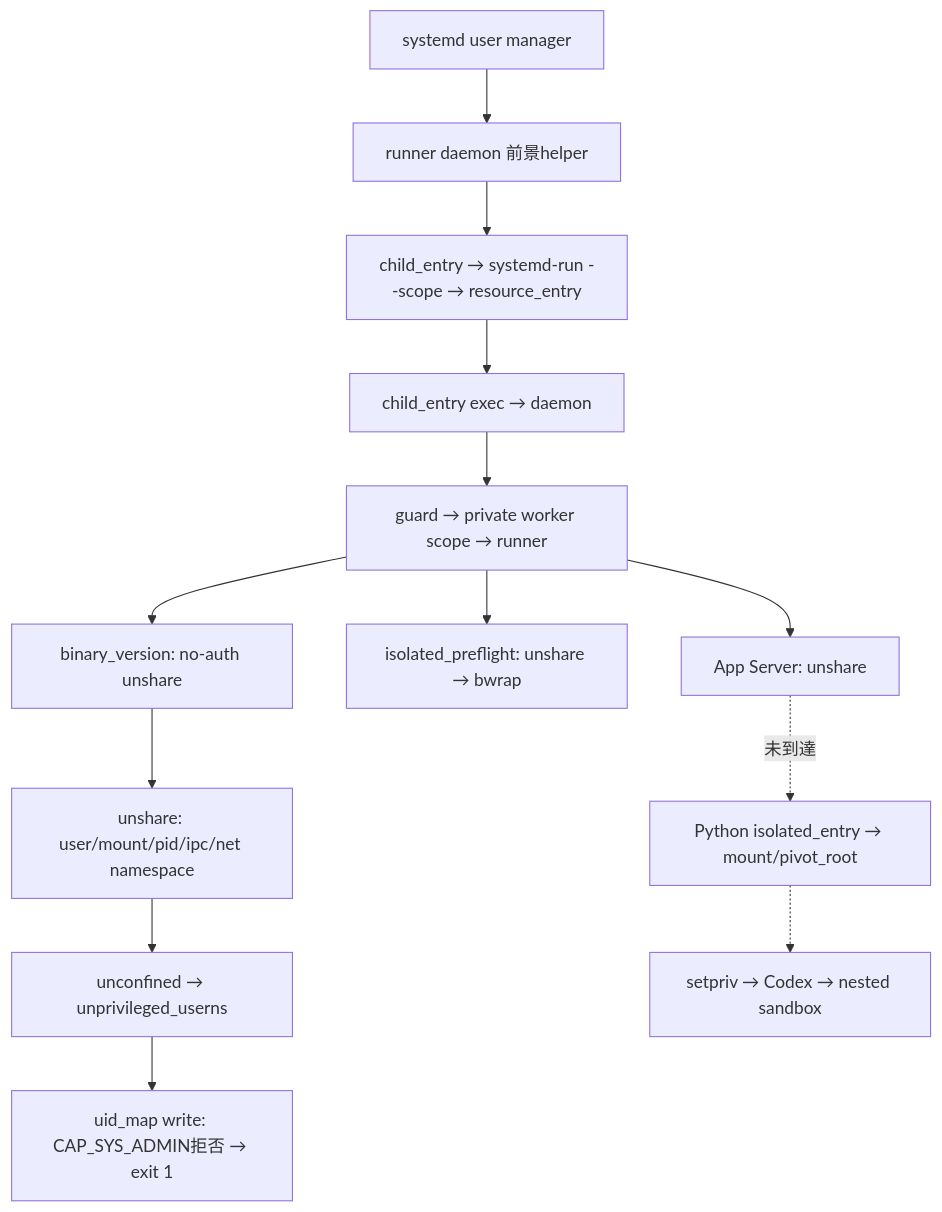
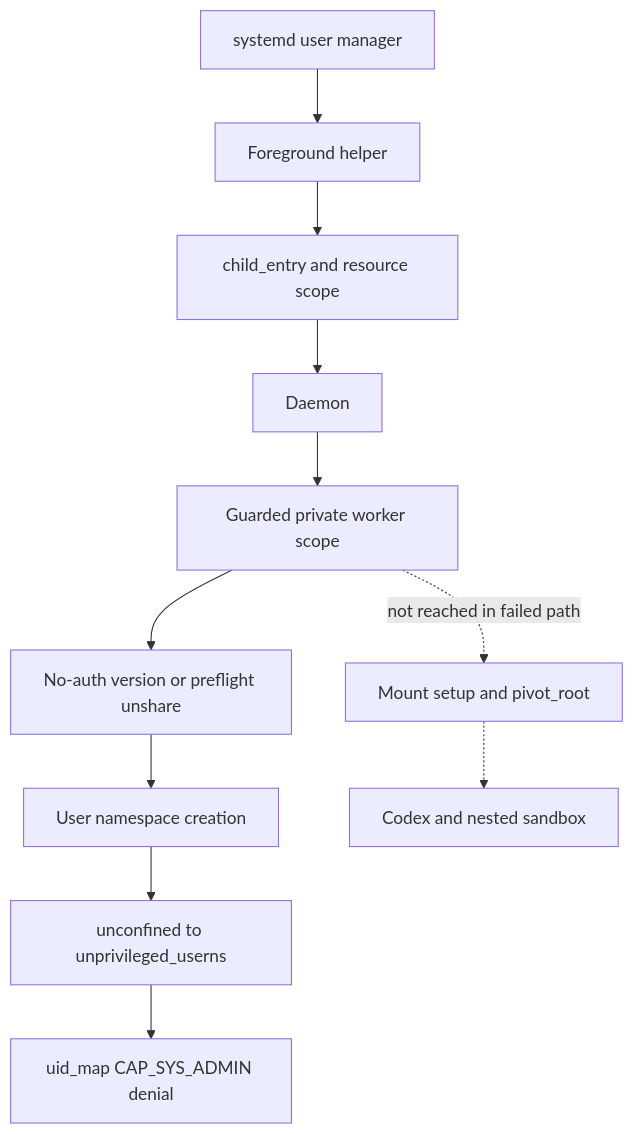
One commit to i-pp/agent-orchestrator changed the diagram in docs/apparmor-policy-design.md. Above: the diagram before and after it, drawn with Mermaid. The commit also changed other lines of this file and 128 other files, not shown here.

````diff
--- a/docs/apparmor-policy-design.md
+++ b/docs/apparmor-policy-design.md
@@ -61,15 +23,13 @@
 ```mermaid
 flowchart TD
-    S[systemd user manager] --> F[runner daemon 前景helper]
-    F --> G[child_entry → systemd-run --scope → resource_entry]
-    G --> D[child_entry exec → daemon]
-    D --> W[guard → private worker scope → runner]
-    W --> V[binary_version: no-auth unshare]
-    W --> P[isolated_preflight: unshare → bwrap]
-    W --> C[App Server: unshare]
-    V --> U[unshare: user/mount/pid/ipc/net namespace]
-    U --> L[unconfined → unprivileged_userns]
-    L --> X[uid_map write: CAP_SYS_ADMIN拒否 → exit 1]
-    C -. 未到達 .-> I[Python isolated_entry → mount/pivot_root]
-    I -.-> T[setpriv → Codex → nested sandbox]
+    S[systemd user manager] --> F[Foreground helper]
+    F --> G[child_entry and resource scope]
+    G --> D[Daemon]
+    D --> W[Guarded private worker scope]
+    W --> V[No-auth version or preflight unshare]
+    V --> U[User namespace creation]
+    U --> L[unconfined to unprivileged_userns]
+    L --> X[uid_map CAP_SYS_ADMIN denial]
+    W -. not reached in failed path .-> I[Mount setup and pivot_root]
+    I -.-> C[Codex and nested sandbox]
 ```
````
